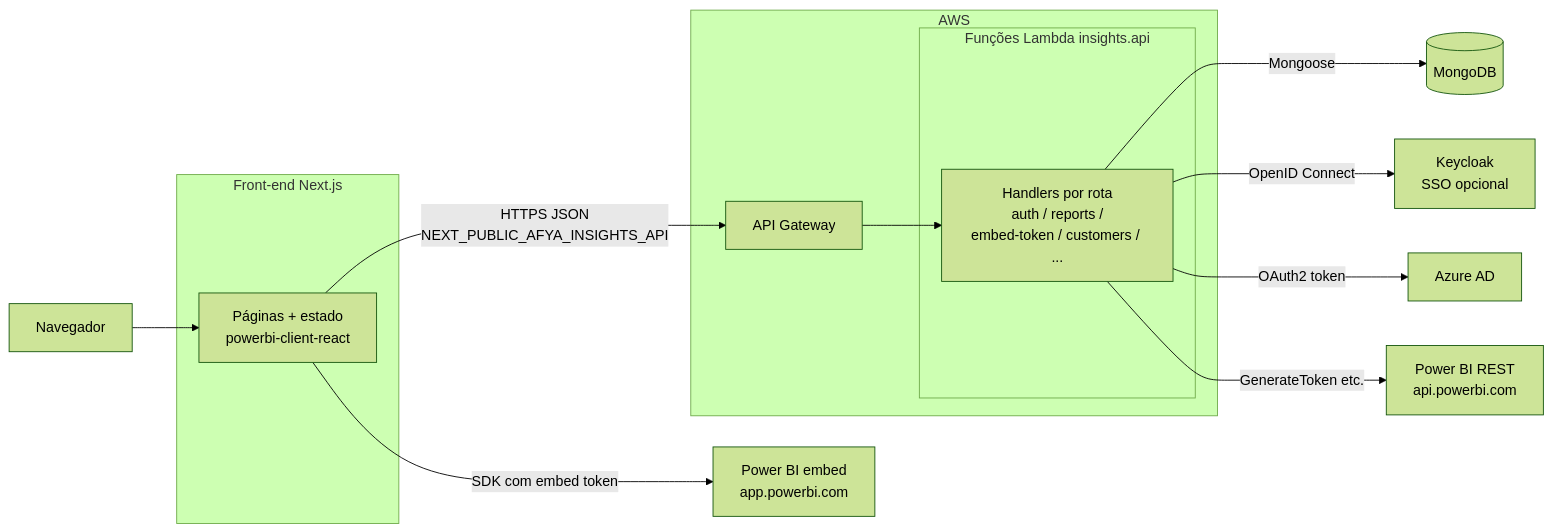
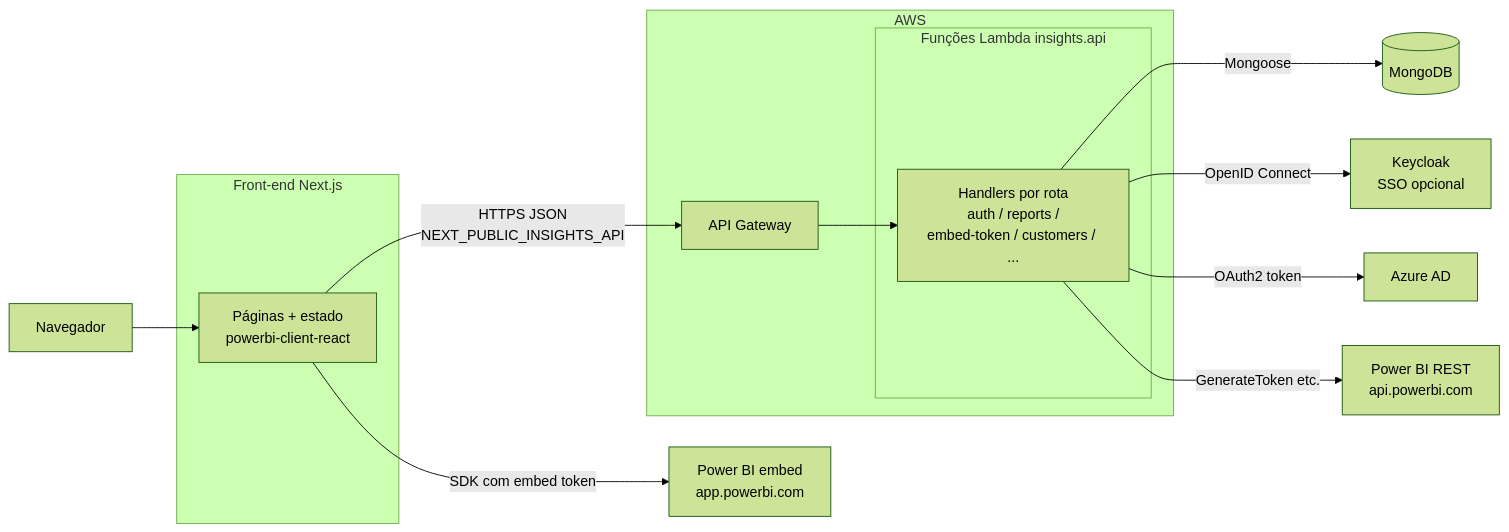
The first of 3 diagrams in README.md (reluviari/insights-platform), drawn with Mermaid (forest theme) before and after one commit. The commit also changed other lines of this file and 24 other files, not shown here.

````diff
--- a/README.md
+++ b/README.md
@@ -26,30 +28,30 @@
 ```mermaid
 graph LR
     Browser["Navegador"]
 
     subgraph FrontApp["Front-end Next.js"]
         NextUi["Páginas + estado\npowerbi-client-react"]
     end
 
     subgraph AwsCloud["AWS"]
         APIGW["API Gateway"]
         subgraph LambdaFns["Funções Lambda insights.api"]
             Handlers["Handlers por rota\nauth / reports /\nembed-token / customers / ..."]
         end
     end
 
     MongoDb[("MongoDB")]
     KeycloakSvc["Keycloak\nSSO opcional"]
     AzureAd["Azure AD"]
     PowerBiApi["Power BI REST\napi.powerbi.com"]
     PowerBiHost["Power BI embed\napp.powerbi.com"]
 
     Browser --> NextUi
-    NextUi -->|"HTTPS JSON\nNEXT_PUBLIC_AFYA_INSIGHTS_API"| APIGW
+    NextUi -->|"HTTPS JSON\nNEXT_PUBLIC_INSIGHTS_API"| APIGW
     APIGW --> Handlers
     Handlers -->|"Mongoose"| MongoDb
     Handlers -->|"OpenID Connect"| KeycloakSvc
     Handlers -->|"OAuth2 token"| AzureAd
     Handlers -->|"GenerateToken etc."| PowerBiApi
     NextUi -->|"SDK com embed token"| PowerBiHost
 ```
````
